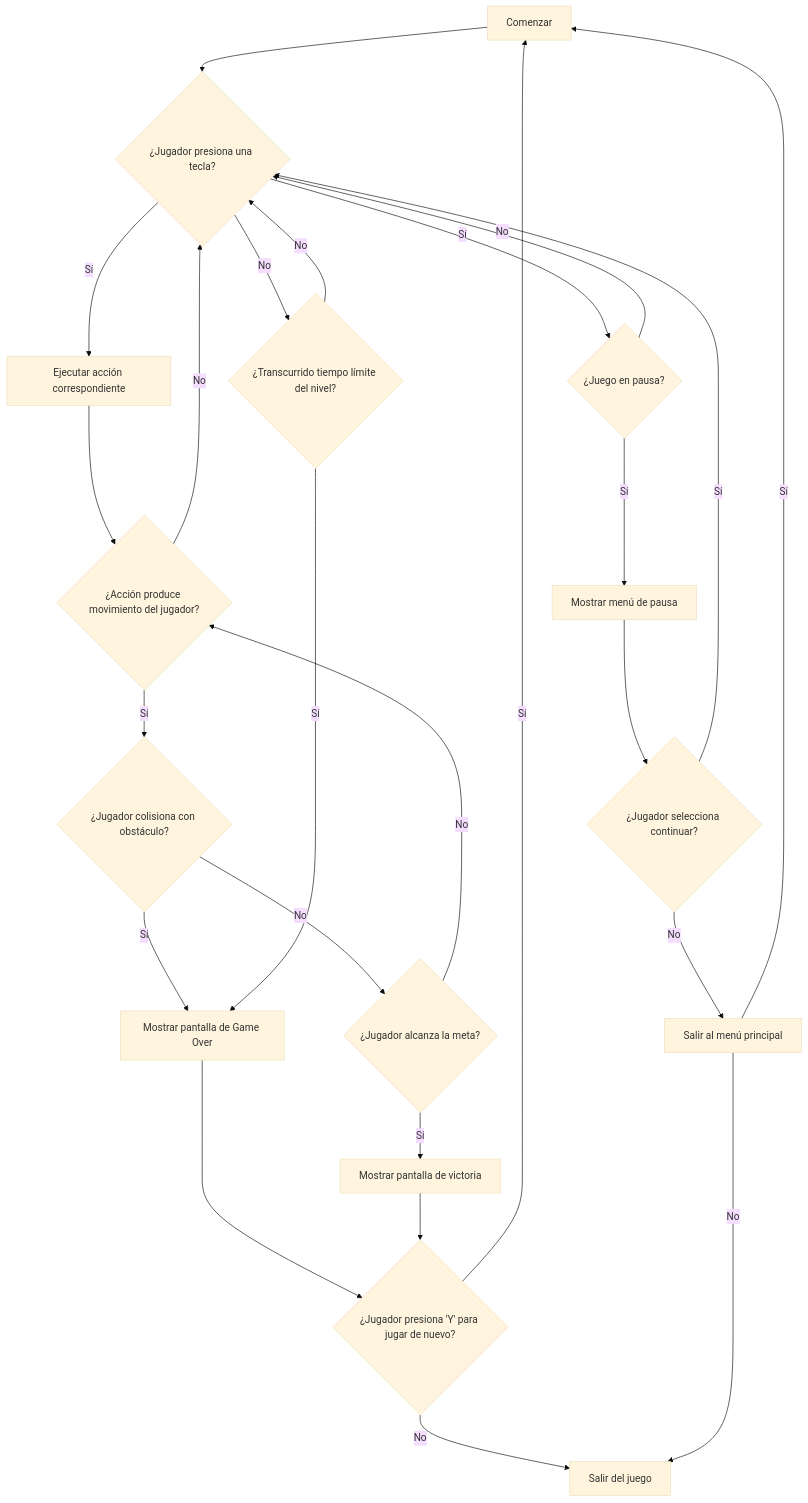
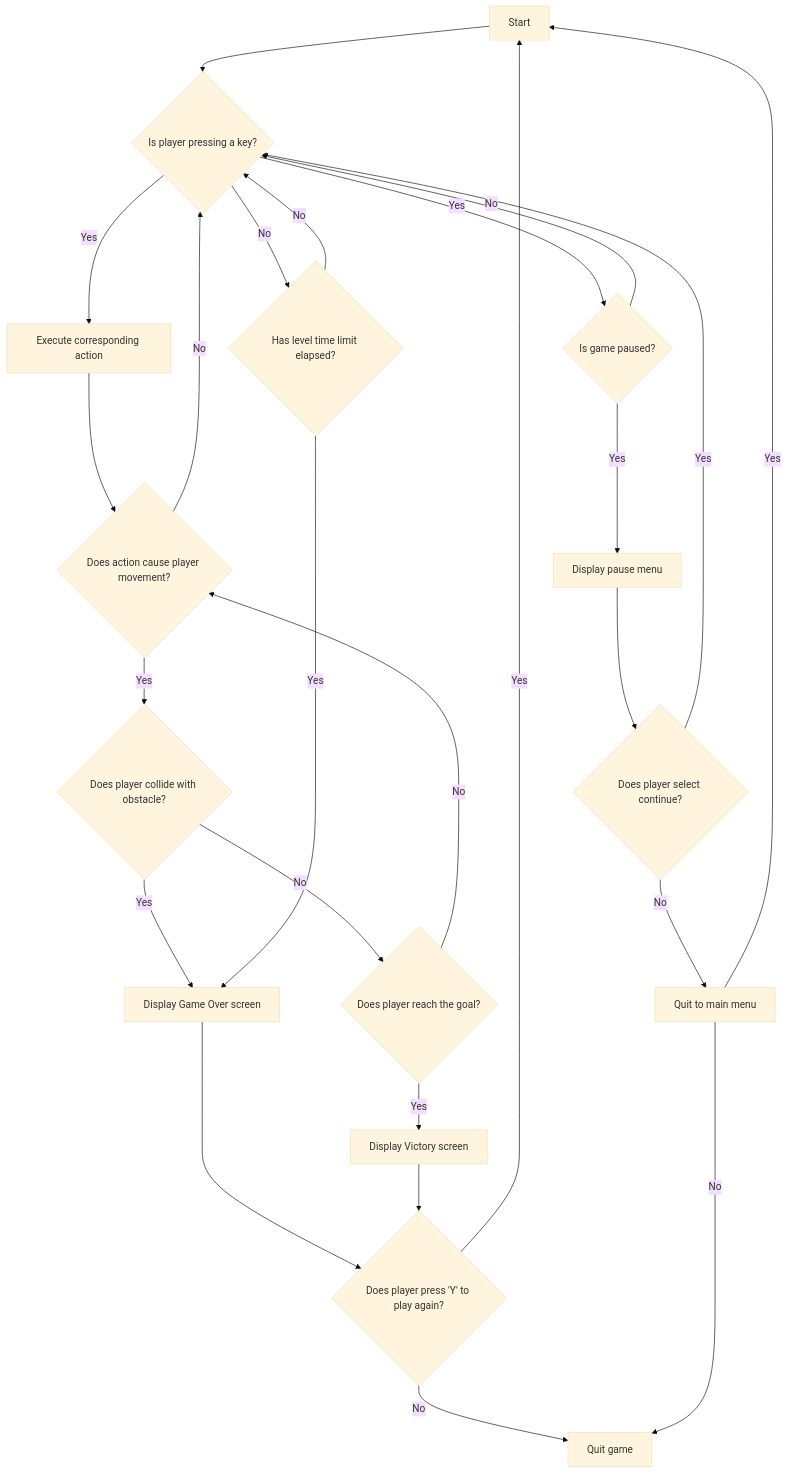
Before and after one commit to jony24a/python-car-game-main: the fourth of 4 diagrams in README.md, drawn with Mermaid (base theme).

````diff
--- a/README.md
+++ b/README.md
@@ -100,27 +100,28 @@
 ```mermaid
 graph TD;
-    A[Comenzar] --> B{¿Jugador presiona una tecla?};
-    B -->|Sí| C[Ejecutar acción correspondiente];
-    C --> D{¿Acción produce movimiento del jugador?};
-    D -->|Sí| E{¿Jugador colisiona con obstáculo?};
-    E -->|Sí| F[Mostrar pantalla de Game Over];
-    F --> G{¿Jugador presiona 'Y' para jugar de nuevo?};
-    G -->|Sí| A;
-    G -->|No| H[Salir del juego];
-    E -->|No| I{¿Jugador alcanza la meta?};
-    I -->|Sí| J[Mostrar pantalla de victoria];
+    A[Start] --> B{Is player pressing a key?};
+    B -->|Yes| C[Execute corresponding action];
+    C --> D{Does action cause player movement?};
+    D -->|Yes| E{Does player collide with obstacle?};
+    E -->|Yes| F[Display Game Over screen];
+    F --> G{Does player press 'Y' to play again?};
+    G -->|Yes| A;
+    G -->|No| H[Quit game];
+    E -->|No| I{Does player reach the goal?};
+    I -->|Yes| J[Display Victory screen];
     J --> G;
     I -->|No| D;
     D -->|No| B;
-    B -->|No| K{¿Transcurrido tiempo límite del nivel?};
-    K -->|Sí| F;
+    B -->|No| K{Has level time limit elapsed?};
+    K -->|Yes| F;
     K -->|No| B;
-    B -->|Sí| L{¿Juego en pausa?};
-    L -->|Sí| M[Mostrar menú de pausa];
+    B -->|Yes| L{Is game paused?};
+    L -->|Yes| M[Display pause menu];
     L -->|No| B;
-    M --> N{¿Jugador selecciona continuar?};
-    N -->|Sí| B;
-    N -->|No| O[Salir al menú principal];
-    O -->|Sí| A;
+    M --> N{Does player select continue?};
+    N -->|Yes| B;
+    N -->|No| O[Quit to main menu];
+    O -->|Yes| A;
     O -->|No| H;
+
 ```
````
